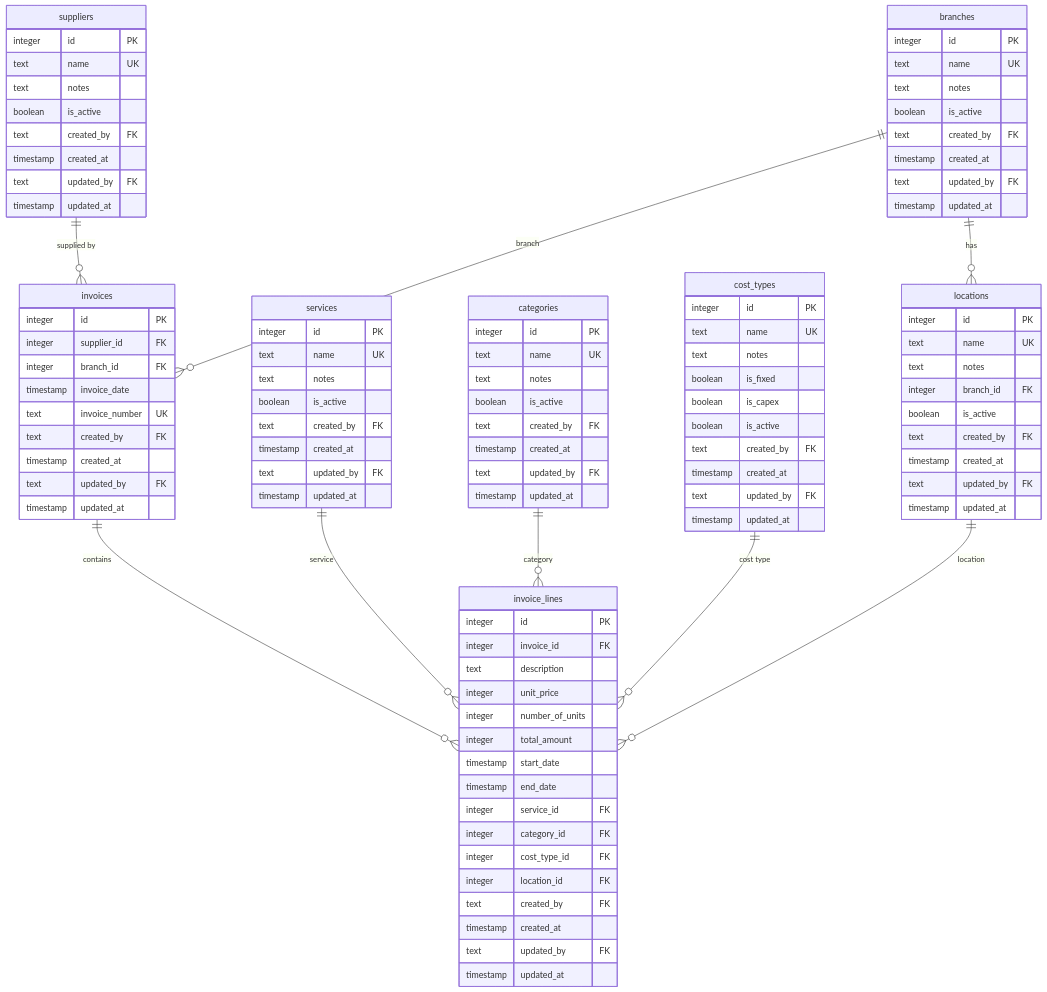
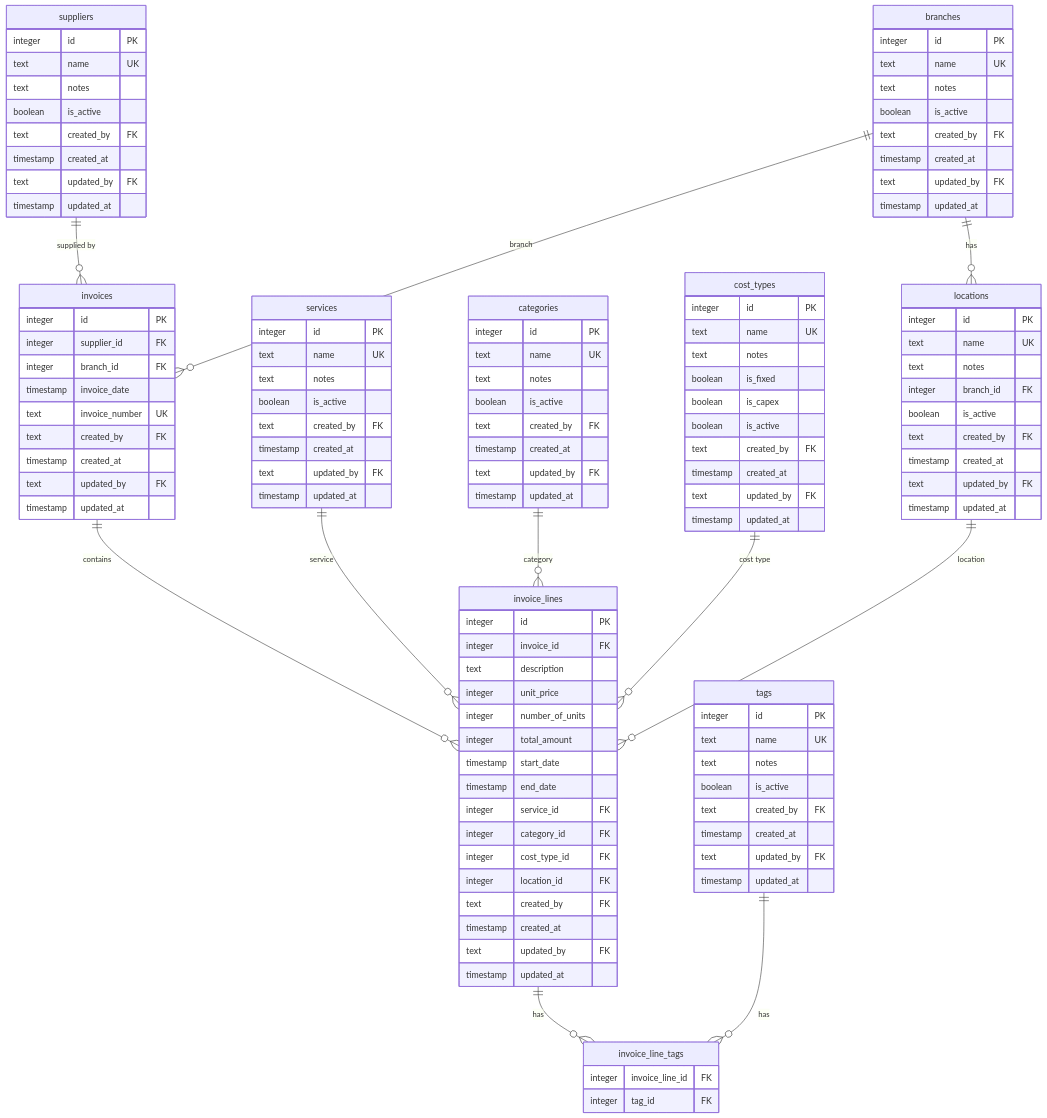
One commit to AlainPaumen/budgeteer changed the first of 2 diagrams in ERD.md. Above: the diagram before and after it, drawn with Mermaid.

Commit message:
docs: update ERD with tags and invoice_line_tags tables

````diff
--- a/ERD.md
+++ b/ERD.md
@@ -85,6 +85,17 @@
         timestamp updated_at
     }
 
+    tags {
+        integer id PK
+        text name UK
+        text notes
+        boolean is_active
+        text created_by FK
+        timestamp created_at
+        text updated_by FK
+        timestamp updated_at
+    }
+
     invoice_lines {
         integer id PK
         integer invoice_id FK
@@ -104,6 +115,11 @@
         timestamp updated_at
     }
 
+    invoice_line_tags {
+        integer invoice_line_id FK
+        integer tag_id FK
+    }
+
     branches ||--o{ locations : "has"
     suppliers ||--o{ invoices : "supplied by"
     branches ||--o{ invoices : "branch"
@@ -112,4 +128,6 @@
     categories ||--o{ invoice_lines : "category"
     cost_types ||--o{ invoice_lines : "cost type"
     locations ||--o{ invoice_lines : "location"
+    invoice_lines ||--o{ invoice_line_tags : "has"
+    tags ||--o{ invoice_line_tags : "has"
 ```
````
